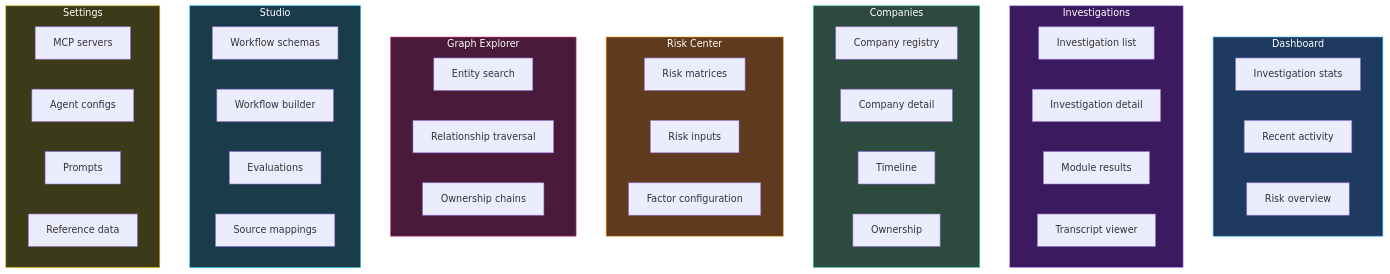
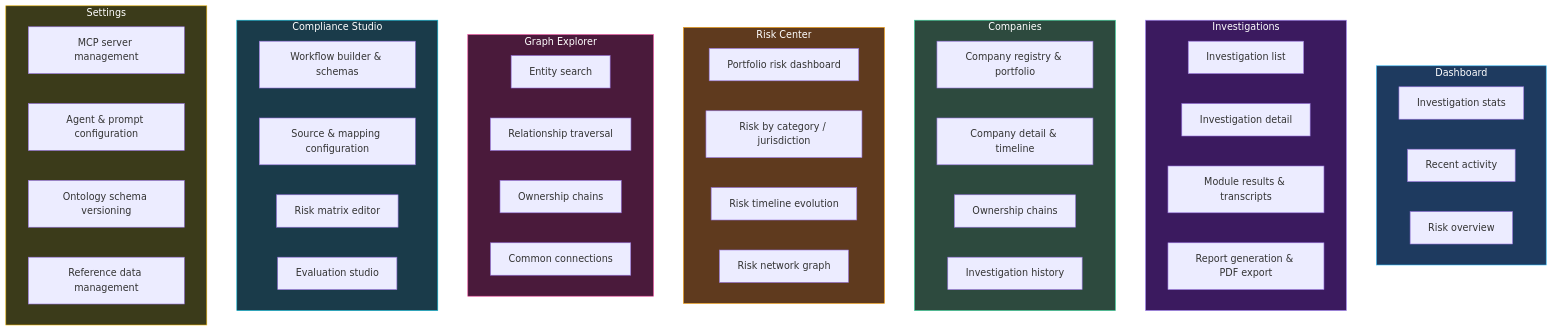
Before and after one commit to Tsunami-max/trust-relay-docs: the third of 3 diagrams in docs/atlas/overview.md, drawn with Mermaid. The commit also changed other lines of this file and 54 other files, not shown here.

First line of the commit message:
docs: shared packages page, ADR-0037, updated metrics and architecture

````diff
--- a/docs/atlas/overview.md
+++ b/docs/atlas/overview.md
@@ -180,56 +152,58 @@
 ```mermaid
 flowchart TD
     subgraph Dashboard["Dashboard"]
         D1["Investigation stats"]
         D2["Recent activity"]
         D3["Risk overview"]
     end
 
     subgraph Investigations["Investigations"]
         I1["Investigation list"]
         I2["Investigation detail"]
-        I3["Module results"]
-        I4["Transcript viewer"]
+        I3["Module results & transcripts"]
+        I4["Report generation & PDF export"]
     end
 
     subgraph Companies["Companies"]
-        C1["Company registry"]
-        C2["Company detail"]
-        C3["Timeline"]
-        C4["Ownership"]
+        C1["Company registry & portfolio"]
+        C2["Company detail & timeline"]
+        C3["Ownership chains"]
+        C4["Investigation history"]
     end
 
     subgraph RiskCenter["Risk Center"]
-        R1["Risk matrices"]
-        R2["Risk inputs"]
-        R3["Factor configuration"]
+        R1["Portfolio risk dashboard"]
+        R2["Risk by category / jurisdiction"]
+        R3["Risk timeline evolution"]
+        R4["Risk network graph"]
     end
 
     subgraph Graph["Graph Explorer"]
         G1["Entity search"]
         G2["Relationship traversal"]
         G3["Ownership chains"]
+        G4["Common connections"]
     end
 
-    subgraph Studio["Studio"]
-        S1["Workflow schemas"]
-        S2["Workflow builder"]
-        S3["Evaluations"]
-        S4["Source mappings"]
+    subgraph Studio["Compliance Studio"]
+        S1["Workflow builder & schemas"]
+        S2["Source & mapping configuration"]
+        S3["Risk matrix editor"]
+        S4["Evaluation studio"]
     end
 
     subgraph Settings["Settings"]
-        ST1["MCP servers"]
-        ST2["Agent configs"]
-        ST3["Prompts"]
-        ST4["Reference data"]
+        ST1["MCP server management"]
+        ST2["Agent & prompt configuration"]
+        ST3["Ontology schema versioning"]
+        ST4["Reference data management"]
     end
 
     style Dashboard fill:#1e3a5f,stroke:#38bdf8,color:#fff
     style Investigations fill:#3b1a5f,stroke:#a78bfa,color:#fff
     style Companies fill:#2d4a3e,stroke:#34d399,color:#fff
     style RiskCenter fill:#5f3a1e,stroke:#f59e0b,color:#fff
     style Graph fill:#4a1a3b,stroke:#ec4899,color:#fff
     style Studio fill:#1a3b4a,stroke:#06b6d4,color:#fff
     style Settings fill:#3b3b1a,stroke:#eab308,color:#fff
 ```
````
